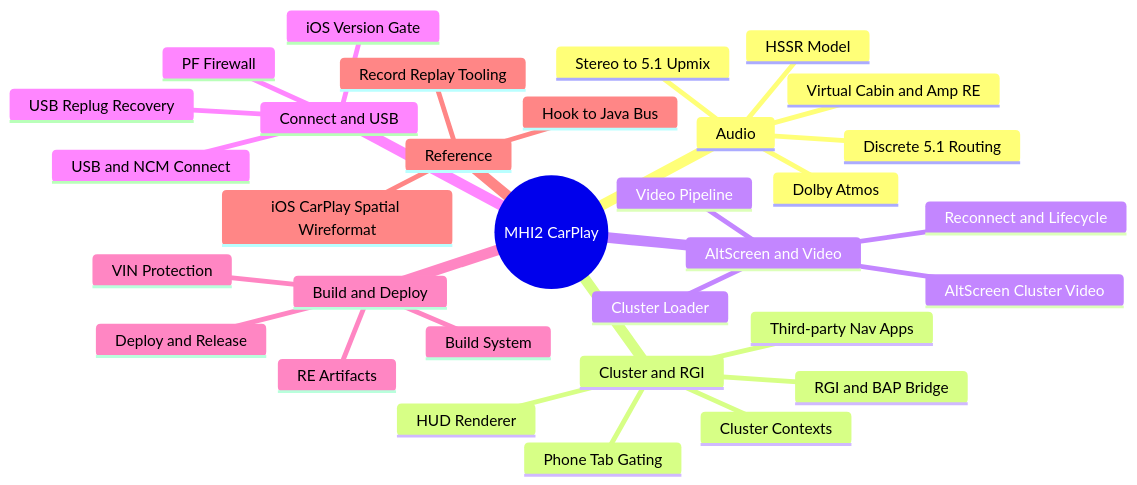
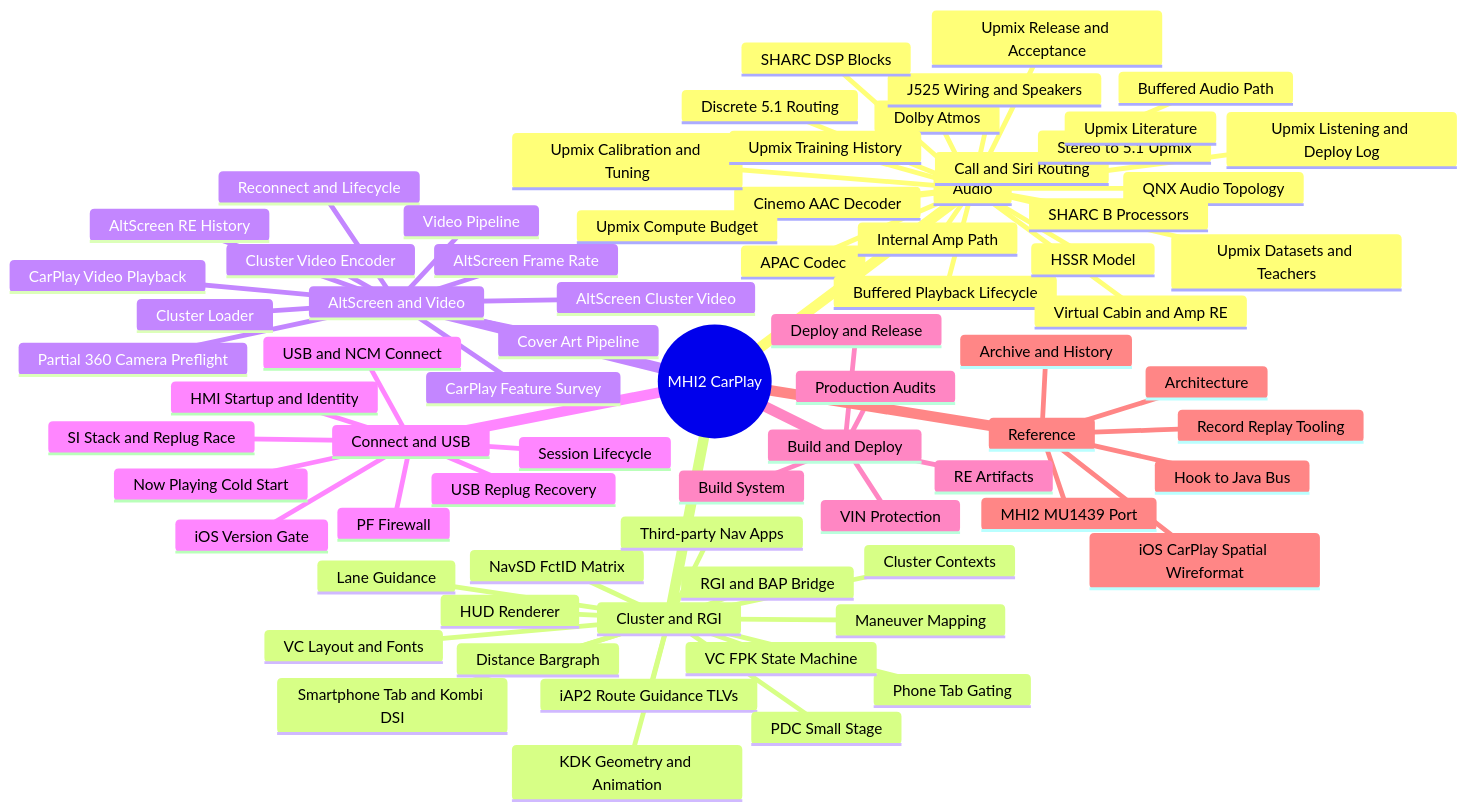
The first of 2 diagrams in docs-obsidian/Home.md (luka-dev/mib2q-carplay-rgi), drawn with Mermaid before and after one commit. The commit also changed other lines of this file and 88 other files, not shown here.

````diff
--- a/docs-obsidian/Home.md
+++ b/docs-obsidian/Home.md
@@ -28,35 +28,77 @@
 ```mermaid
 mindmap
   root((MHI2 CarPlay))
     Audio
+      APAC Codec
+      Buffered Audio Path
+      Buffered Playback Lifecycle
+      Call and Siri Routing
+      Cinemo AAC Decoder
+      Discrete 5.1 Routing
+      Dolby Atmos
+      HSSR Model
+      Internal Amp Path
+      J525 Wiring and Speakers
+      QNX Audio Topology
+      SHARC B Processors
+      SHARC DSP Blocks
       Stereo to 5.1 Upmix
-      HSSR Model
+      Upmix Calibration and Tuning
+      Upmix Compute Budget
+      Upmix Datasets and Teachers
+      Upmix Listening and Deploy Log
+      Upmix Literature
+      Upmix Release and Acceptance
+      Upmix Training History
       Virtual Cabin and Amp RE
-      Dolby Atmos
-      Discrete 5.1 Routing
     Cluster and RGI
       Cluster Contexts
+      Distance Bargraph
+      HUD Renderer
+      iAP2 Route Guidance TLVs
+      KDK Geometry and Animation
+      Lane Guidance
+      Maneuver Mapping
+      NavSD FctID Matrix
+      PDC Small Stage
+      Phone Tab Gating
       RGI and BAP Bridge
-      HUD Renderer
+      Smartphone Tab and Kombi DSI
       Third-party Nav Apps
-      Phone Tab Gating
+      VC FPK State Machine
+      VC Layout and Fonts
     AltScreen and Video
       AltScreen Cluster Video
+      AltScreen Frame Rate
+      AltScreen RE History
+      CarPlay Feature Survey
+      CarPlay Video Playback
+      Cluster Loader
+      Cluster Video Encoder
+      Cover Art Pipeline
+      Partial 360 Camera Preflight
+      Reconnect and Lifecycle
       Video Pipeline
-      Cluster Loader
-      Reconnect and Lifecycle
     Connect and USB
+      HMI Startup and Identity
+      iOS Version Gate
+      Now Playing Cold Start
+      PF Firewall
+      Session Lifecycle
+      SI Stack and Replug Race
       USB and NCM Connect
       USB Replug Recovery
-      PF Firewall
-      iOS Version Gate
     Build and Deploy
       Build System
       Deploy and Release
+      Production Audits
+      RE Artifacts
       VIN Protection
-      RE Artifacts
     Reference
+      Architecture
+      Archive and History
+      Hook to Java Bus
       iOS CarPlay Spatial Wireformat
-      Hook to Java Bus
+      MHI2 MU1439 Port
       Record Replay Tooling
 ```
````
